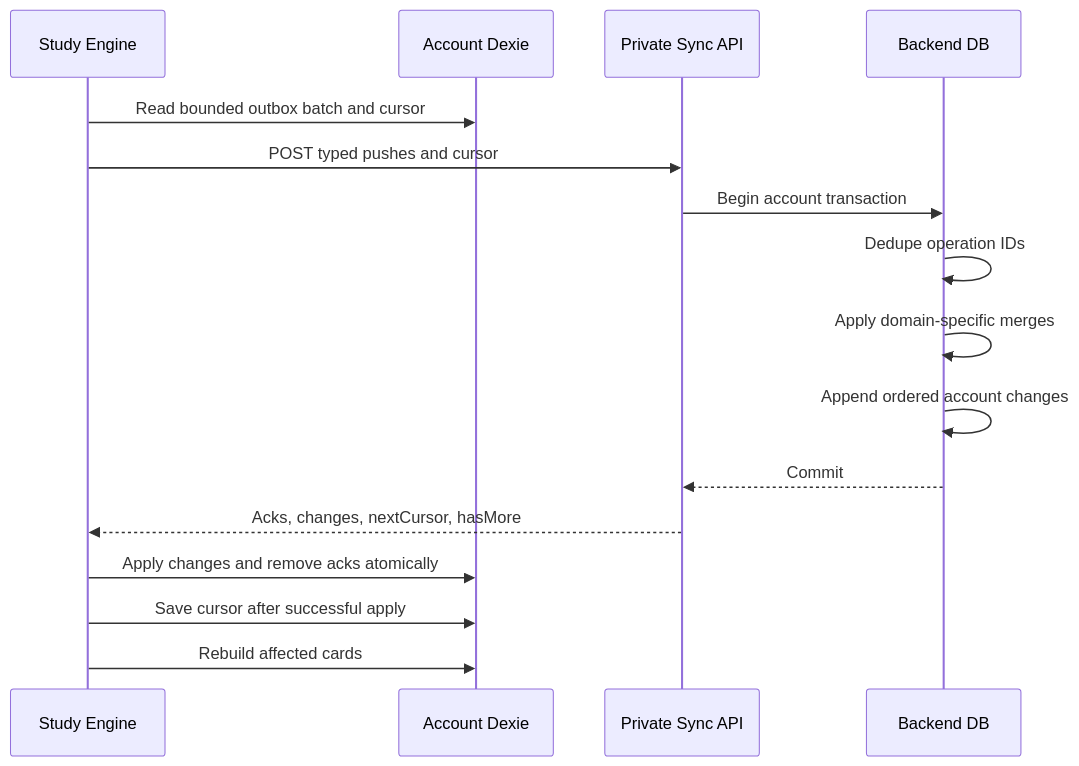
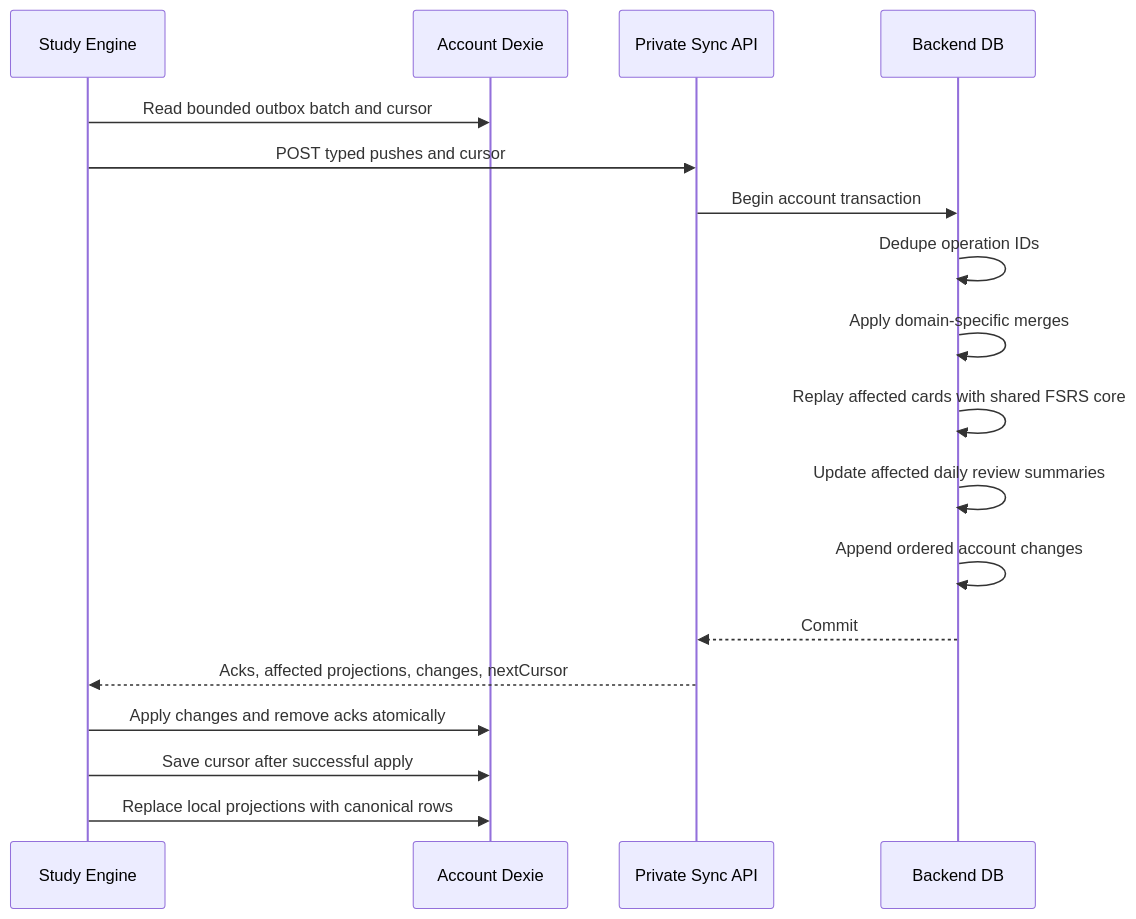
One commit to PikaPikaGems/kanji-heatmap changed the sixth of 9 diagrams in docs/notes/STUDY-ENGINE-PLAN-V2.md. Above: the diagram before and after it, drawn with Mermaid. The commit also changed other lines of this file, not shown here.

First line of the commit message:
docs: refine study engine plan with backend FSRS and history services

````diff
--- a/docs/notes/STUDY-ENGINE-PLAN-V2.md
+++ b/docs/notes/STUDY-ENGINE-PLAN-V2.md
@@ -1319,19 +1611,21 @@
 ```mermaid
 sequenceDiagram
     participant App as Study Engine
     participant Dexie as Account Dexie
     participant API as Private Sync API
     participant DB as Backend DB
 
     App->>Dexie: Read bounded outbox batch and cursor
     App->>API: POST typed pushes and cursor
     API->>DB: Begin account transaction
     DB->>DB: Dedupe operation IDs
     DB->>DB: Apply domain-specific merges
+    DB->>DB: Replay affected cards with shared FSRS core
+    DB->>DB: Update affected daily review summaries
     DB->>DB: Append ordered account changes
     DB-->>API: Commit
-    API-->>App: Acks, changes, nextCursor, hasMore
+    API-->>App: Acks, affected projections, changes, nextCursor
     App->>Dexie: Apply changes and remove acks atomically
     App->>Dexie: Save cursor after successful apply
-    App->>Dexie: Rebuild affected cards
+    App->>Dexie: Replace local projections with canonical rows
 ```
````
